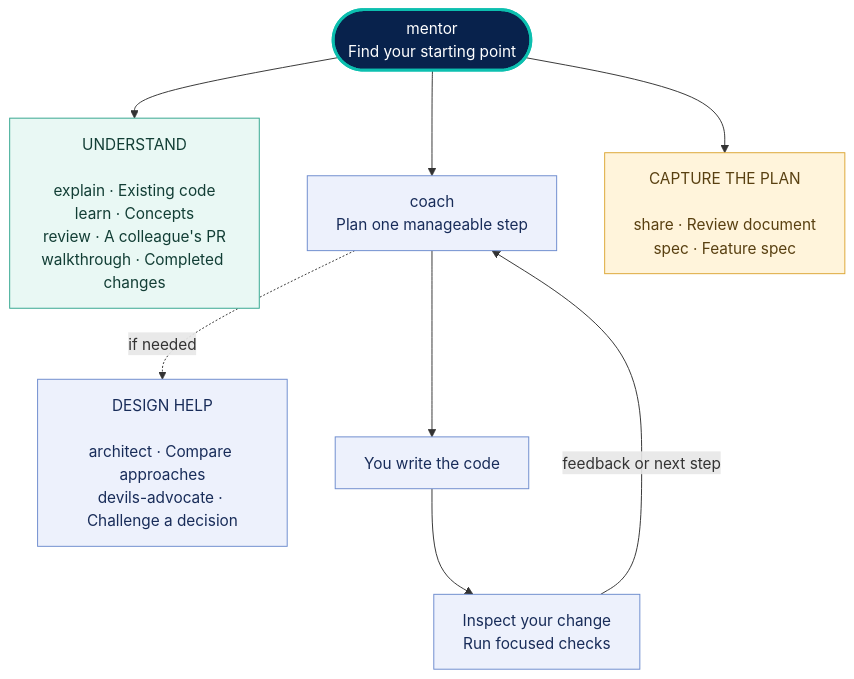
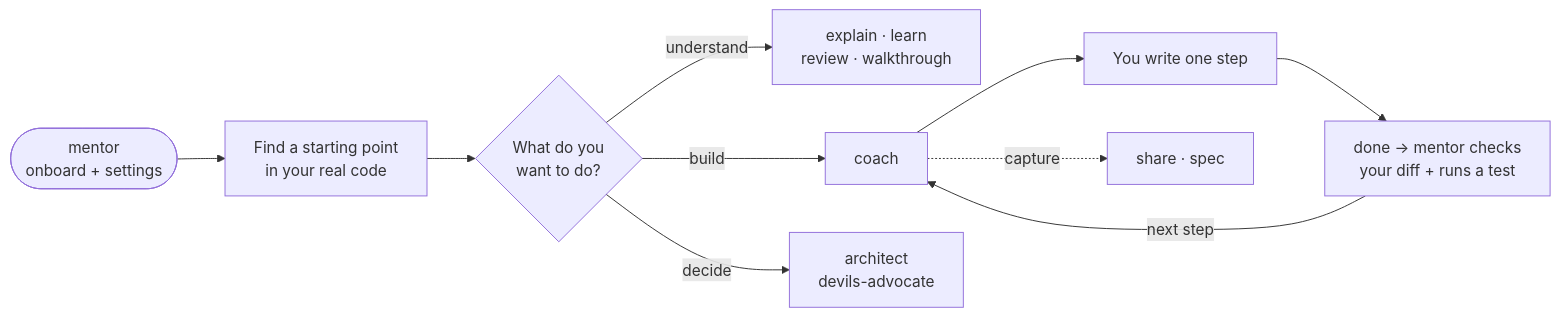
One commit to SirL0fty/dev-mentor changed the diagram in README.md. Above: the diagram before and after it, drawn with Mermaid. The commit also changed other lines of this file and 121 other files, not shown here.

````diff
--- a/README.md
+++ b/README.md
@@ -72,24 +55,11 @@
 ```mermaid
-flowchart TB
-    Mentor(["mentor<br/>Find your starting point"])
-    Understand["UNDERSTAND<br/><br/>explain · Existing code<br/>learn · Concepts<br/>review · A colleague's PR<br/>walkthrough · Completed changes"]
-    Coach["coach<br/>Plan one manageable step"]
-    Prepare["CAPTURE THE PLAN<br/><br/>share · Review document<br/>spec · Feature spec"]
-    Design["DESIGN HELP<br/><br/>architect · Compare approaches<br/>devils-advocate · Challenge a decision"]
-    Edit["You write the code"]
-    Check["Inspect your change<br/>Run focused checks"]
-    Mentor --> Understand
-    Mentor --> Coach
-    Mentor --> Prepare
-    Coach -. "if needed" .-> Design
-    Coach --> Edit --> Check
-    Check -->|"feedback or next step"| Coach
-    classDef entry fill:#08224c,color:#ffffff,stroke:#0cbfaf,stroke-width:3px
-    classDef understand fill:#e9f8f4,color:#123e35,stroke:#32a68e
-    classDef build fill:#edf1fc,color:#182c59,stroke:#6d8cce
-    classDef share fill:#fff4db,color:#594011,stroke:#dca735
-    class Mentor entry
-    class Understand understand
-    class Coach,Edit,Check,Design build
-    class Prepare share
+flowchart LR
+    Start(["mentor<br/>onboard + settings"]) --> Where["Find a starting point<br/>in your real code"]
+    Where --> Pick{"What do you<br/>want to do?"}
+    Pick -->|understand| U["explain · learn<br/>review · walkthrough"]
+    Pick -->|build| C["coach"]
+    Pick -->|decide| D["architect<br/>devils-advocate"]
+    C --> Edit["You write one step"] --> Check["done → mentor checks<br/>your diff + runs a test"]
+    Check -->|next step| C
+    C -. capture .-> S["share · spec"]
 ```
````
